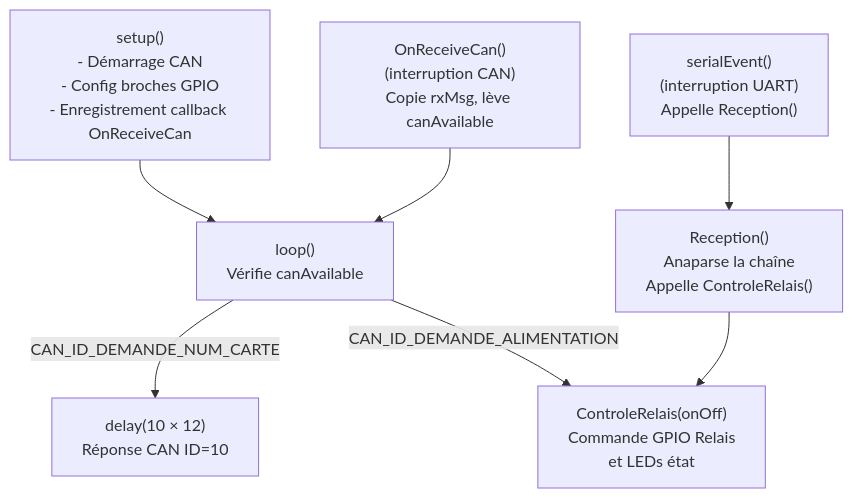
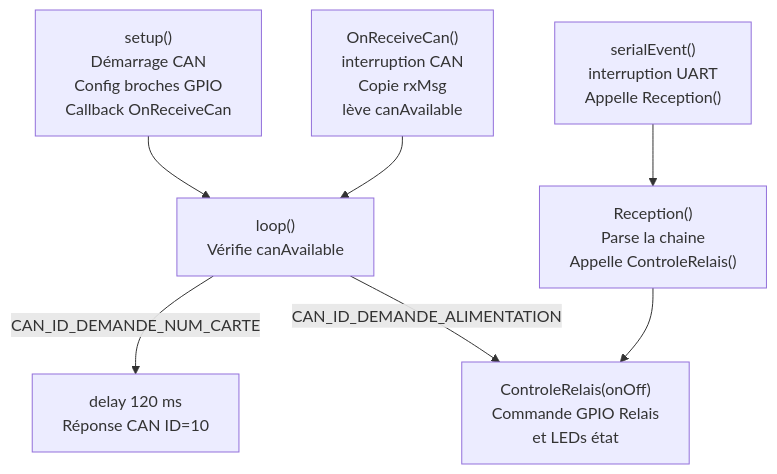
Before and after one commit to baptisteB00/Projet_LAOS: the diagram in docs/cartes/alimentation.md, drawn with Mermaid. The commit also changed other lines of this file and 180 other files, not shown here.

First line of the commit message:
correction Mermaid et tableaux : compatibilité GitHub

````diff
--- a/docs/cartes/alimentation.md
+++ b/docs/cartes/alimentation.md
@@ -26,20 +26,18 @@
 ```mermaid
 flowchart TD
-    SETUP["setup()\n- Démarrage CAN\n- Config broches GPIO\n- Enregistrement callback OnReceiveCan"]
+    SETUP["setup()<br/>Démarrage CAN<br/>Config broches GPIO<br/>Callback OnReceiveCan"] --> LOOP
 
-    LOOP["loop()\nVérifie canAvailable"]
+    ISR["OnReceiveCan()<br/>interruption CAN<br/>Copie rxMsg<br/>lève canAvailable"] --> LOOP
 
-    ISR["OnReceiveCan()\n(interruption CAN)\nCopie rxMsg, lève canAvailable"]
+    LOOP["loop()<br/>Vérifie canAvailable"]
 
-    SERIAL["serialEvent()\n(interruption UART)\nAppelle Reception()"]
+    SERIAL["serialEvent()<br/>interruption UART<br/>Appelle Reception()"]
 
-    RECEPTION["Reception()\nAnaparse la chaîne\nAppelle ControleRelais()"]
+    RECEPTION["Reception()<br/>Parse la chaine<br/>Appelle ControleRelais()"]
 
-    RELAIS["ControleRelais(onOff)\nCommande GPIO Relais\net LEDs état"]
+    RELAIS["ControleRelais(onOff)<br/>Commande GPIO Relais<br/>et LEDs état"]
 
-    SETUP --> LOOP
-    ISR --> LOOP
-    LOOP -->|"CAN_ID_DEMANDE_NUM_CARTE"| DELAY["delay(10 × 12)\nRéponse CAN ID=10"]
-    LOOP -->|"CAN_ID_DEMANDE_ALIMENTATION"| RELAIS
+    LOOP -->|CAN_ID_DEMANDE_NUM_CARTE| DELAY["delay 120 ms<br/>Réponse CAN ID=10"]
+    LOOP -->|CAN_ID_DEMANDE_ALIMENTATION| RELAIS
     SERIAL --> RECEPTION --> RELAIS
 ```
````
